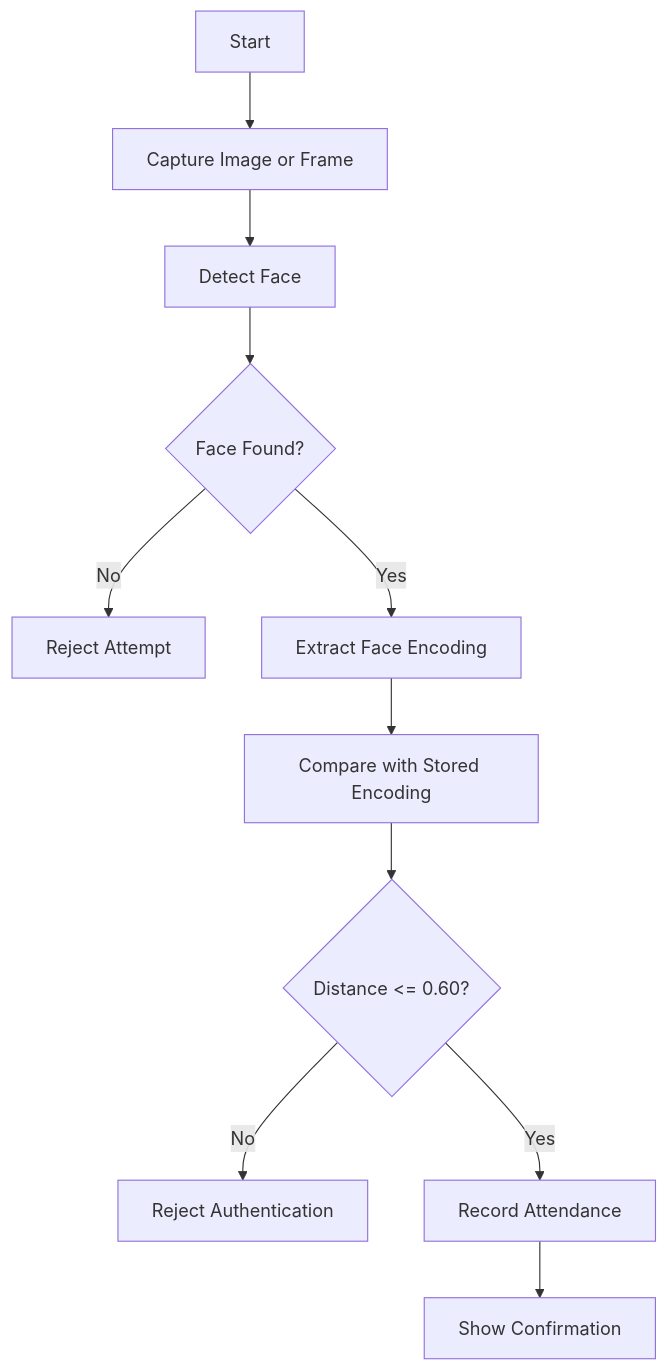
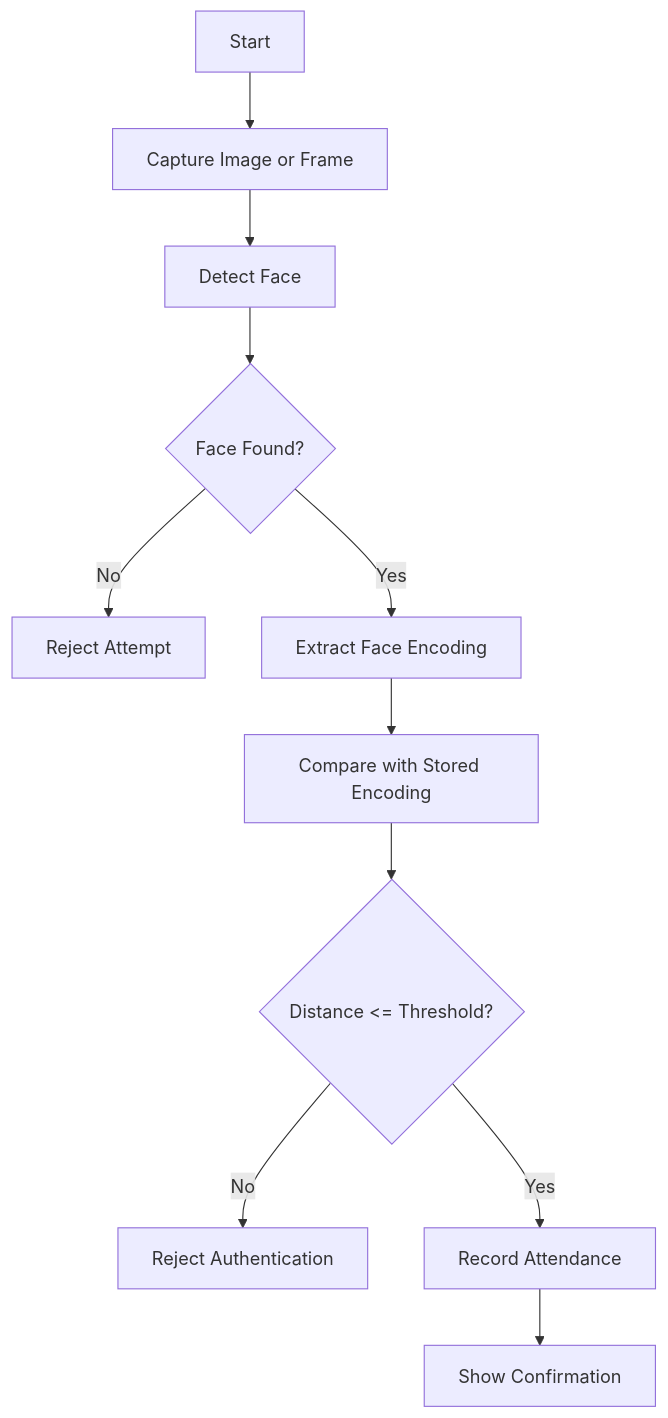
One commit to Mohamad-101/Secure-Attendance-System-Using-Facial-Recognition changed the second of 3 diagrams in docs/phase_1/PHASE_1_DOCUMENTATION.md. Above: the diagram before and after it, drawn with Mermaid. The commit also changed other lines of this file, not shown here.

````diff
--- a/docs/phase_1/PHASE_1_DOCUMENTATION.md
+++ b/docs/phase_1/PHASE_1_DOCUMENTATION.md
@@ -185,13 +212,13 @@
 ```mermaid
 flowchart TD
     A["Start"] --> B["Capture Image or Frame"]
     B --> C["Detect Face"]
     C --> D{"Face Found?"}
     D -- "No" --> E["Reject Attempt"]
     D -- "Yes" --> F["Extract Face Encoding"]
     F --> G["Compare with Stored Encoding"]
-    G --> H{"Distance <= 0.60?"}
+    G --> H{"Distance <= Threshold?"}
     H -- "No" --> I["Reject Authentication"]
     H -- "Yes" --> J["Record Attendance"]
     J --> K["Show Confirmation"]
 ```
````
